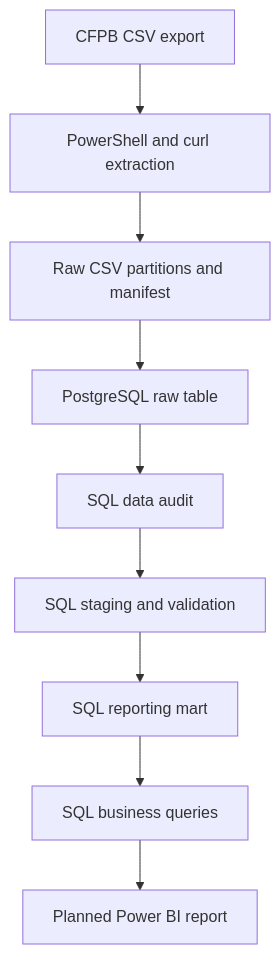
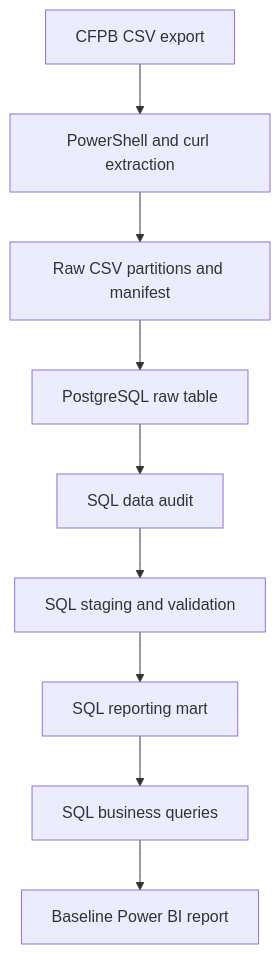
Before and after one commit to valentinarias-dtsc/financial-complaints-analytics: the diagram in README.md, drawn with Mermaid. The commit also changed other lines of this file, not shown here.

Commit message:
docs: reflect analysis and Power BI baseline

````diff
--- a/README.md
+++ b/README.md
@@ -63,11 +63,11 @@
 ```mermaid
 flowchart TD
     A[CFPB CSV export] --> B[PowerShell and curl extraction]
     B --> C[Raw CSV partitions and manifest]
     C --> D[PostgreSQL raw table]
     D --> E[SQL data audit]
     E --> F[SQL staging and validation]
     F --> G[SQL reporting mart]
     G --> H[SQL business queries]
-    H --> I[Planned Power BI report]
+    H --> I[Baseline Power BI report]
 ```
````
